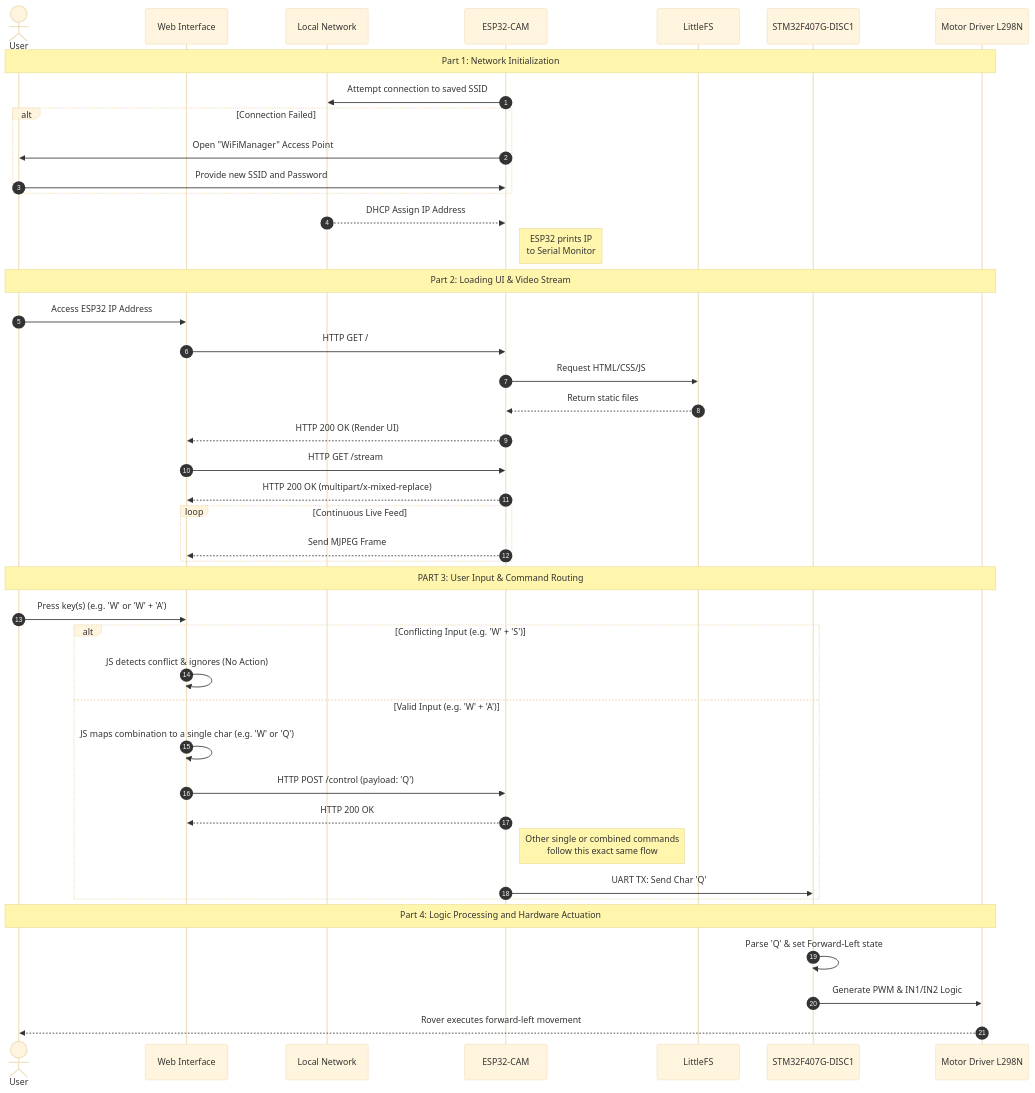
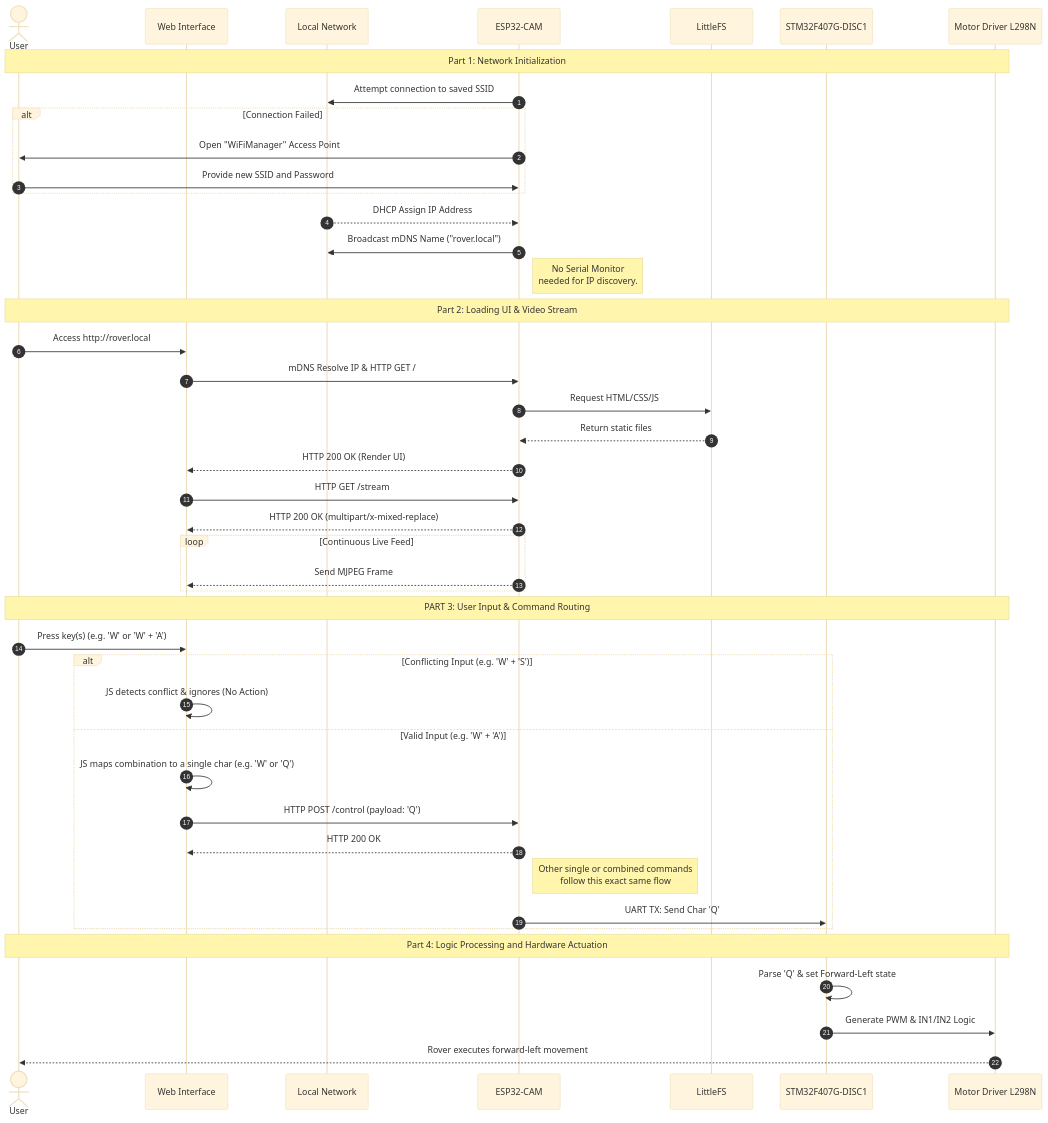
Before and after one commit to paulantofe/D.A.R.T.: the second of 3 diagrams in README.md, drawn with Mermaid (base theme). The commit also changed other lines of this file, not shown here.

Commit message:
docs: add mDNS support to key features and sequence diagram

````diff
--- a/README.md
+++ b/README.md
@@ -45,49 +46,50 @@
 ```mermaid
 sequenceDiagram
     autonumber
     actor User
     participant Browser as Web Interface
     participant Router as Local Network
     participant ESP as ESP32-CAM
     participant FS as LittleFS
     participant STM as STM32F407G-DISC1
     participant DRV as Motor Driver L298N
 
     Note over User, DRV: Part 1: Network Initialization
     ESP->>Router: Attempt connection to saved SSID
     alt Connection Failed
         ESP->>User: Open "WiFiManager" Access Point
         User->>ESP: Provide new SSID and Password
     end
     Router-->>ESP: DHCP Assign IP Address
-    Note right of ESP: ESP32 prints IP <br> to Serial Monitor
+    ESP->>Router: Broadcast mDNS Name ("rover.local")
+    Note right of ESP: No Serial Monitor <br> needed for IP discovery.
 
     Note over User, DRV: Part 2: Loading UI & Video Stream
-    User->>Browser: Access ESP32 IP Address
-    Browser->>ESP: HTTP GET /
+    User->>Browser: Access http://rover.local
+    Browser->>ESP: mDNS Resolve IP & HTTP GET /
     ESP->>FS: Request HTML/CSS/JS
     FS-->>ESP: Return static files
     ESP-->>Browser: HTTP 200 OK (Render UI)
     Browser->>ESP: HTTP GET /stream 
     ESP-->>Browser: HTTP 200 OK (multipart/x-mixed-replace)
     loop Continuous Live Feed
         ESP-->>Browser: Send MJPEG Frame
     end
 
     Note over User, DRV: PART 3: User Input & Command Routing
     User->>Browser: Press key(s) (e.g. 'W' or 'W' + 'A')
     alt Conflicting Input (e.g. 'W' + 'S')
         Browser->>Browser: JS detects conflict & ignores (No Action)
     else Valid Input (e.g. 'W' + 'A')
         Browser->>Browser: JS maps combination to a single char (e.g. 'W' or 'Q')
         Browser->>ESP: HTTP POST /control (payload: 'Q')
         ESP-->>Browser: HTTP 200 OK
         Note right of ESP: Other single or combined commands <br> follow this exact same flow
         ESP->>STM: UART TX: Send Char 'Q' 
     end
 
     Note over User, DRV: Part 4: Logic Processing and Hardware Actuation
     STM->>STM: Parse 'Q' & set Forward-Left state
     STM->>DRV: Generate PWM & IN1/IN2 Logic
     DRV-->>User: Rover executes forward-left movement
 ```
````
